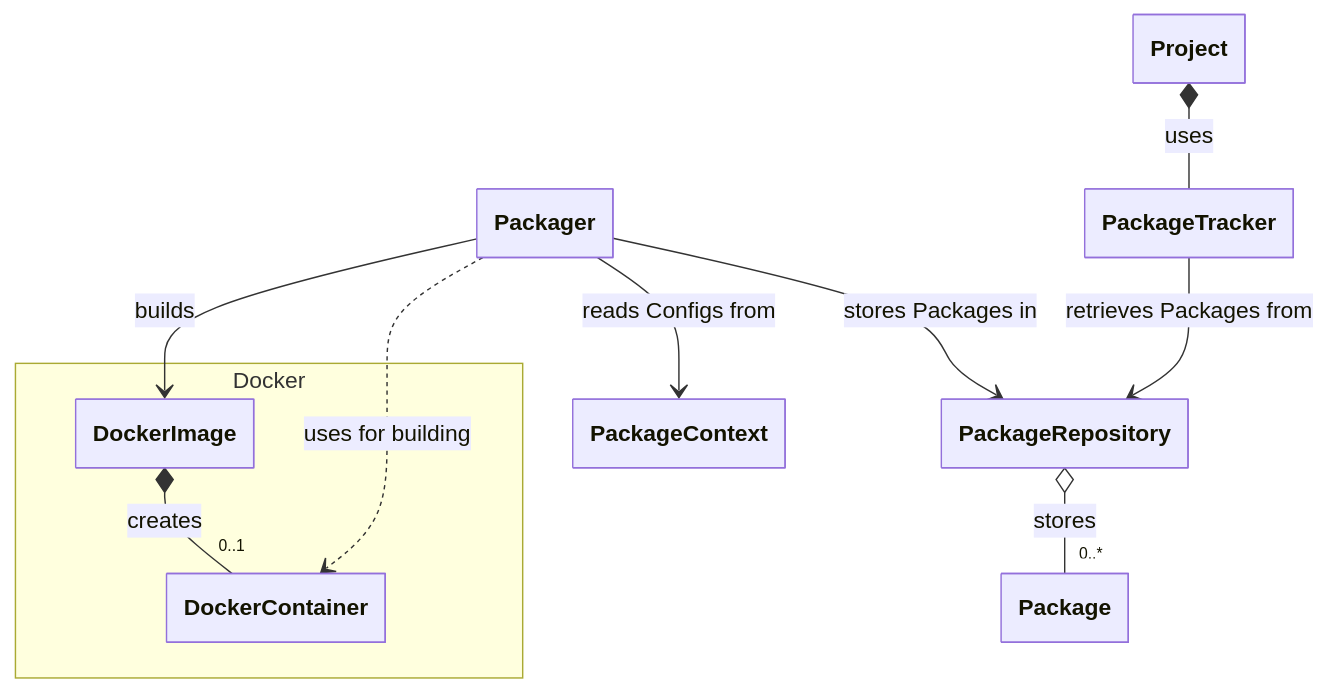
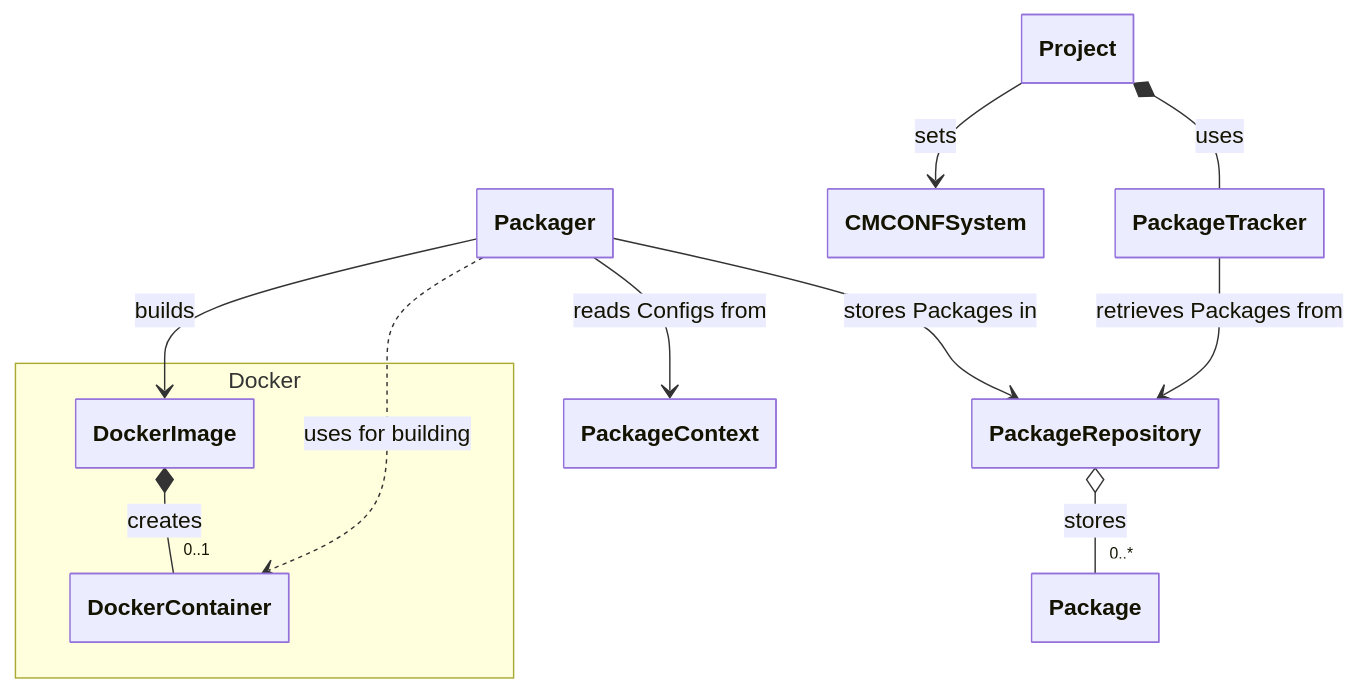
One commit to bacpack-system/bacpack-system.github.io changed the first of 7 diagrams in docs/architecture.md. Above: the diagram before and after it, drawn with Mermaid. The commit also changed other lines of this file and 3 other files, not shown here.

Commit message:
Add CMCONF system to components

````diff
--- a/docs/architecture.md
+++ b/docs/architecture.md
@@ -17,46 +18,50 @@
 ```mermaid
 ---
   config:
     class:
       hideEmptyMembersBox: true
 ---
 classDiagram
     class Packager
     class PackageContext
 
     namespace Docker {
         class DockerImage
         class DockerContainer
     }
 
     class PackageRepository
     class Package
     class Project
+    class CMCONFSystem
     class PackageTracker
 
     %% CORE RELATIONSHIPS
 
     %% Packager uses PackageContext and PackageRepository (Association)
     Packager --> PackageContext : reads Configs from
     Packager --> PackageRepository : stores Packages in
   
     %% Packager builds DockerImage
     Packager --> DockerImage : builds
 
     %% PackageRepository aggregates Packages (Aggregation - packages are stored independently)
     PackageRepository o-- "0..*" Package : stores
 
     %% Docker relationships (Composition - container lifecycle tied to image)
     DockerImage *-- "0..1" DockerContainer : creates
 
     %% Packager creates packages through build process (Association)
     Packager ..> DockerContainer : uses for building
 
     %% EXAMPLE USAGE RELATIONSHIPS
 
     %% Project uses PackageTracker (Composition - Project owns its tracker)
     Project *-- PackageTracker : uses
 
+    %% Project uses CMCONF system
+    Project --> CMCONFSystem : sets
+
     %% PackageTracker interacts with repository and creates sysroot (Association)
     PackageTracker --> PackageRepository : retrieves Packages from
 ```
````
